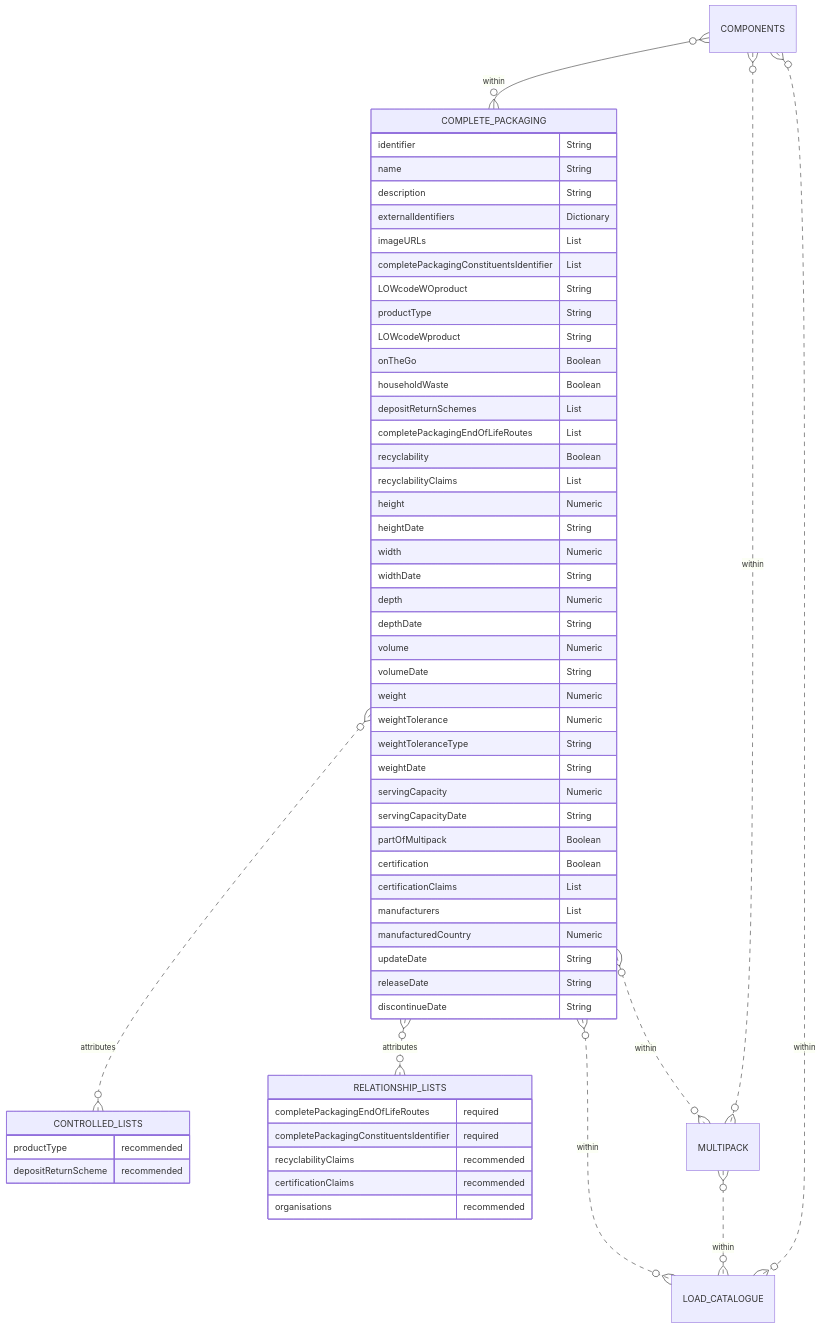
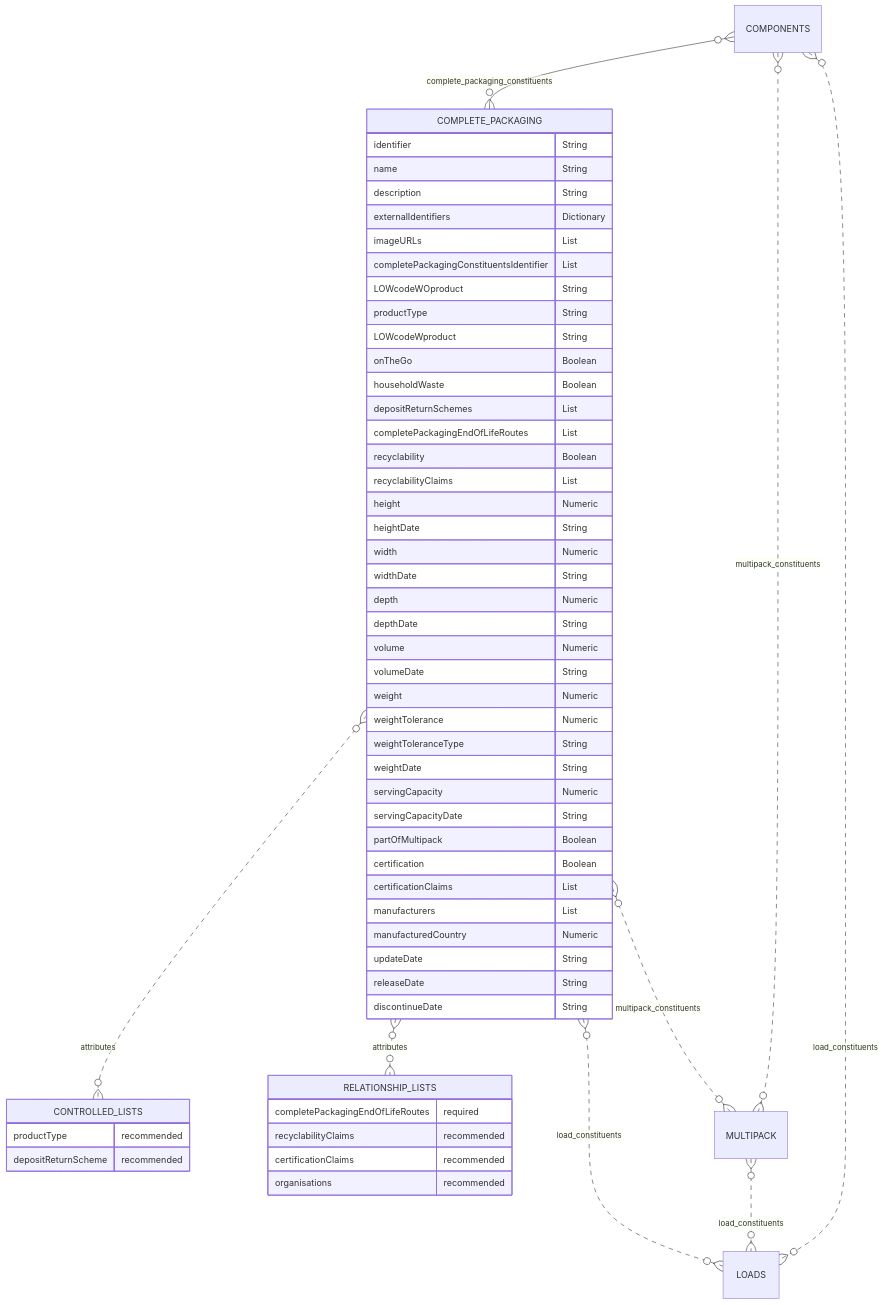
One commit to OpenDataManchester/Open3P changed the diagram in docs/3_Data_Specification/3_4_Complete_Packaging.md. Above: the diagram before and after it, drawn with Mermaid.

Commit message:
Updated complete packaging with constituent joins

````diff
--- a/docs/3_Data_Specification/3_4_Complete_Packaging.md
+++ b/docs/3_Data_Specification/3_4_Complete_Packaging.md
@@ -53,61 +53,60 @@
 ``` mermaid
 erDiagram
-COMPONENTS }o--o{ COMPLETE_PACKAGING : within
+COMPONENTS }o--o{ COMPLETE_PACKAGING : complete_packaging_constituents
   COMPLETE_PACKAGING {
     identifier String
     name String
     description String
     externalIdentifiers Dictionary
     imageURLs List
     completePackagingConstituentsIdentifier List
     LOWcodeWOproduct String
     productType String
     LOWcodeWproduct String
     onTheGo Boolean
     householdWaste Boolean
     depositReturnSchemes List
     completePackagingEndOfLifeRoutes List
     recyclability Boolean
     recyclabilityClaims List
     height Numeric
     heightDate String
     width Numeric
     widthDate String
     depth Numeric
     depthDate String
     volume Numeric
     volumeDate String
     weight Numeric
     weightTolerance Numeric
     weightToleranceType String
     weightDate String
     servingCapacity Numeric
     servingCapacityDate String
     partOfMultipack Boolean
     certification Boolean
     certificationClaims List
     manufacturers List
     manufacturedCountry Numeric
     updateDate String
     releaseDate String
     discontinueDate String
   }
   COMPLETE_PACKAGING }o..o{ CONTROLLED_LISTS : attributes
   COMPLETE_PACKAGING }O..O{ RELATIONSHIP_LISTS : attributes
-  COMPLETE_PACKAGING }o..o{ MULTIPACK : within
-  COMPONENTS }o..o{ MULTIPACK : within
-  COMPLETE_PACKAGING }o..o{ LOAD_CATALOGUE : within
-  MULTIPACK }o..o{ LOAD_CATALOGUE : within
-  COMPONENTS }o..o{ LOAD_CATALOGUE : within
+  COMPLETE_PACKAGING }o..o{ MULTIPACK : multipack_constituents
+  COMPONENTS }o..o{ MULTIPACK : multipack_constituents
+  COMPLETE_PACKAGING }o..o{ LOADS : load_constituents
+  MULTIPACK }o..o{ LOADS : load_constituents
+  COMPONENTS }o..o{ LOADS : load_constituents
       CONTROLLED_LISTS {
       productType recommended
       depositReturnScheme recommended
     }
     RELATIONSHIP_LISTS {
       completePackagingEndOfLifeRoutes required
-      completePackagingConstituentsIdentifier required
       recyclabilityClaims recommended
       certificationClaims recommended
       organisations recommended
     }
 ```
````
